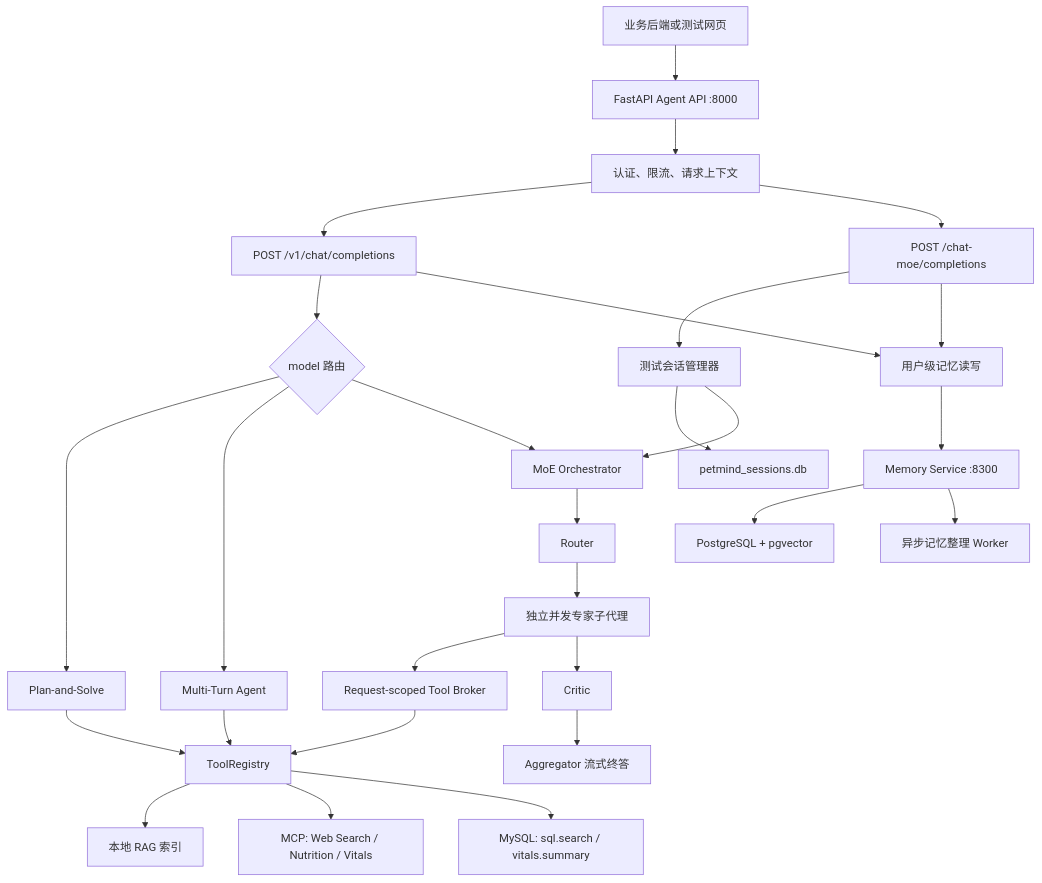
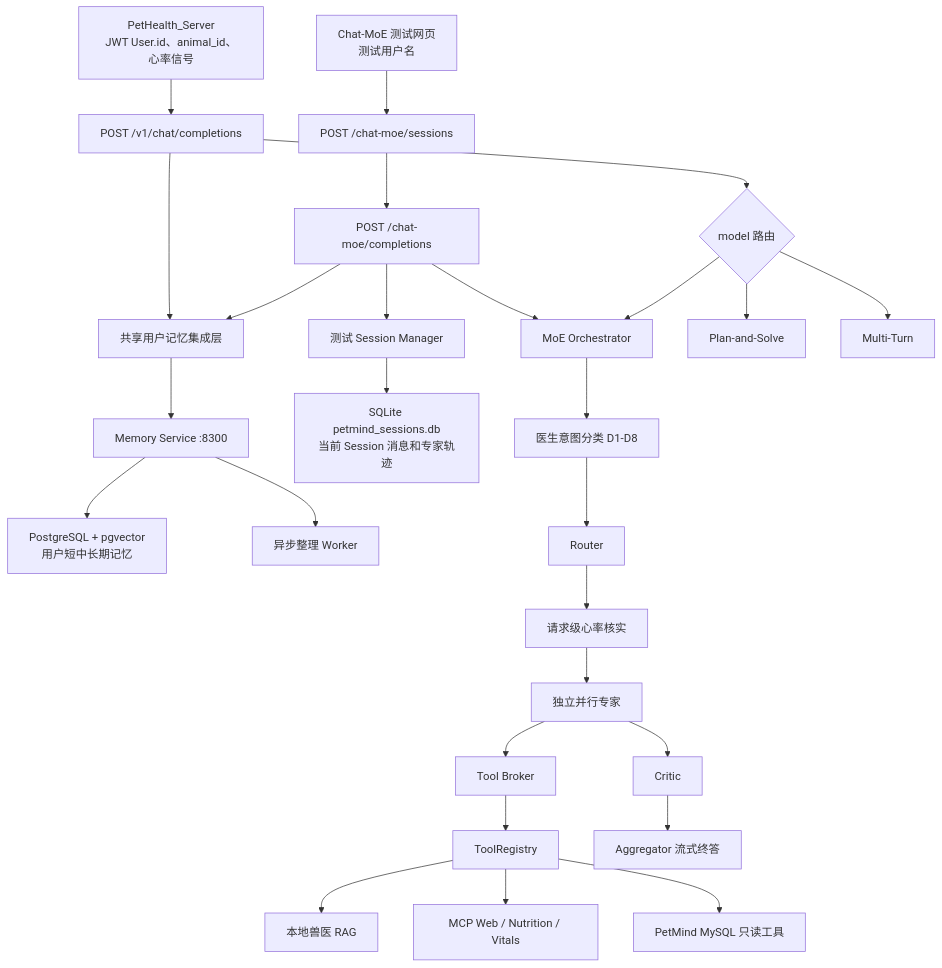
One commit to GeorgeGuo1215/Animal_detection2 changed the first of 4 diagrams in agentAndRag/agent.md. Above: the diagram before and after it, drawn with Mermaid. The commit also changed other lines of this file and 3 other files, not shown here.

````diff
--- a/agentAndRag/agent.md
+++ b/agentAndRag/agent.md
@@ -25,34 +48,33 @@
 ```mermaid
 flowchart TD
-    CLIENT["业务后端或测试网页"] --> API["FastAPI Agent API :8000"]
-    API --> AUTH["认证、限流、请求上下文"]
-    AUTH --> OPENAI["POST /v1/chat/completions"]
-    AUTH --> CHAT["POST /chat-moe/completions"]
+    PH["PetHealth_Server<br/>JWT User.id、animal_id、心率信号"] --> V1["POST /v1/chat/completions"]
+    WEB["Chat-MoE 测试网页<br/>测试用户名"] --> CMS["POST /chat-moe/sessions"]
+    CMS --> CMC["POST /chat-moe/completions"]
 
-    OPENAI --> MODE{"model 路由"}
+    V1 --> MEMI["共享用户记忆集成层"]
+    CMC --> MEMI
+    MEMI --> MS["Memory Service :8300"]
+    MS --> MPG["PostgreSQL + pgvector<br/>用户短中长期记忆"]
+    MS --> MW["异步整理 Worker"]
+
+    CMC --> SM["测试 Session Manager"]
+    SM --> SQLITES["SQLite petmind_sessions.db<br/>当前 Session 消息和专家轨迹"]
+
+    V1 --> MODE{"model 路由"}
+    CMC --> MOE["MoE Orchestrator"]
     MODE --> PLAN["Plan-and-Solve"]
-    MODE --> MULTI["Multi-Turn Agent"]
-    MODE --> MOE["MoE Orchestrator"]
+    MODE --> MULTI["Multi-Turn"]
+    MODE --> MOE
 
-    CHAT --> SESSION["测试会话管理器"]
-    SESSION --> SQLITE["petmind_sessions.db"]
-    SESSION --> MOE
-
-    PLAN --> REGISTRY["ToolRegistry"]
-    MULTI --> REGISTRY
-    MOE --> ROUTER["Router"]
-    ROUTER --> EXPERTS["独立并发专家子代理"]
-    EXPERTS --> BROKER["Request-scoped Tool Broker"]
-    BROKER --> REGISTRY
-    REGISTRY --> RAG["本地 RAG 索引"]
-    REGISTRY --> MCP["MCP: Web Search / Nutrition / Vitals"]
-    REGISTRY --> SQL["MySQL: sql.search / vitals.summary"]
+    MOE --> INTENT["医生意图分类 D1-D8"]
+    INTENT --> ROUTER["Router"]
+    ROUTER --> VITALS["请求级心率核实"]
+    VITALS --> EXPERTS["独立并行专家"]
+    EXPERTS --> BROKER["Tool Broker"]
+    BROKER --> REG["ToolRegistry"]
+    REG --> RAG["本地兽医 RAG"]
+    REG --> MCP["MCP Web / Nutrition / Vitals"]
+    REG --> MYSQL["PetMind MySQL 只读工具"]
     EXPERTS --> CRITIC["Critic"]
     CRITIC --> AGG["Aggregator 流式终答"]
-
-    OPENAI --> MEMCLIENT["用户级记忆读写"]
-    CHAT --> MEMCLIENT
-    MEMCLIENT --> MEMORY["Memory Service :8300"]
-    MEMORY --> PG["PostgreSQL + pgvector"]
-    MEMORY --> WORKERS["异步记忆整理 Worker"]
 ```
````
